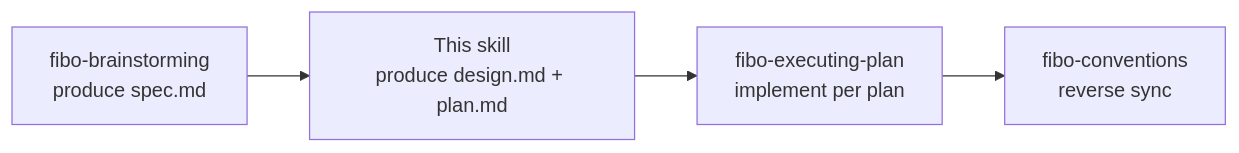
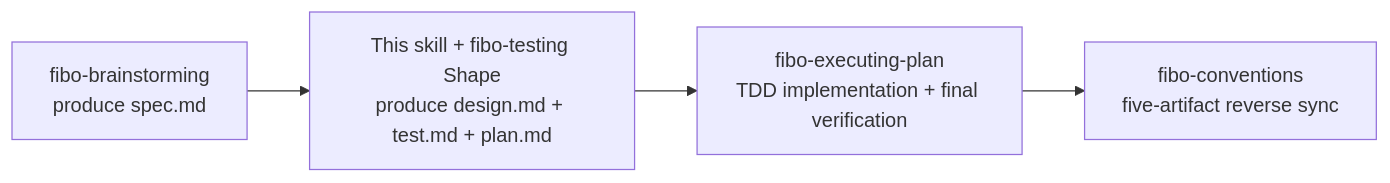
Before and after one commit to Alenkz12/FiboSkills: the fifth of 5 diagrams in fibo-writing-plan/SKILL.md, drawn with Mermaid. The commit also changed other lines of this file and 96 other files, not shown here.

````diff
--- a/fibo-writing-plan/SKILL.md
+++ b/fibo-writing-plan/SKILL.md
@@ -241,6 +276,6 @@
 ```mermaid
 flowchart LR
-  A[fibo-brainstorming<br/>produce spec.md] --> B[This skill<br/>produce design.md + plan.md]
-  B --> C[fibo-executing-plan<br/>implement per plan]
-  C --> D[fibo-conventions<br/>reverse sync]
+  brainstorming_001["fibo-brainstorming<br/>produce spec.md"] --> planning_002["This skill + fibo-testing Shape<br/>produce design.md + test.md + plan.md"]
+  planning_002 --> execution_003["fibo-executing-plan<br/>TDD implementation + final verification"]
+  execution_003 --> convention_sync_004["fibo-conventions<br/>five-artifact reverse sync"]
 ```
````
